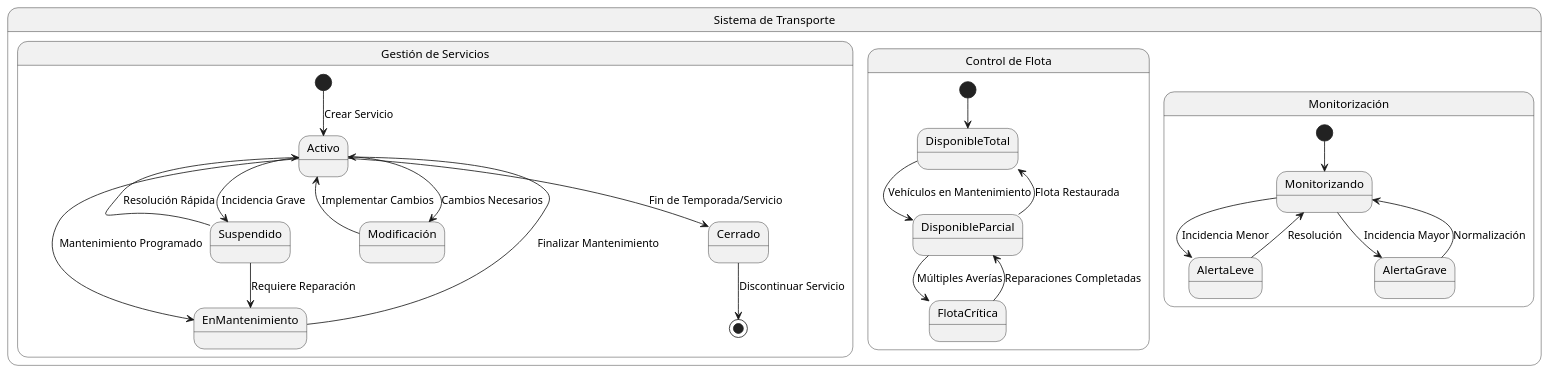
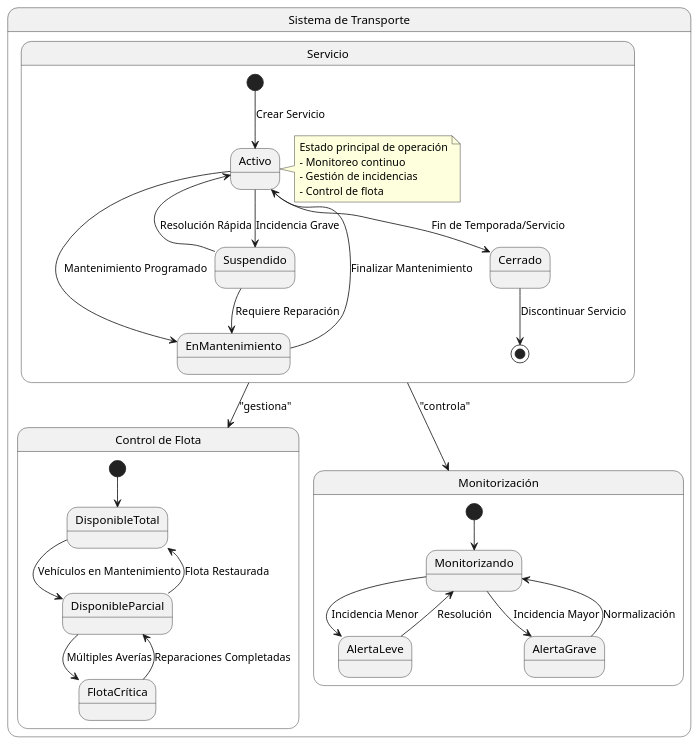
Before and after one commit to Ingenieria-Informatica-UNEATLANTICO/app-actividad-post-parcial-Dievex: the diagram in modelosUML/ModeloDeDominioActualizado/DiagramaDeEstadosActualizado.puml, drawn with PlantUML.

Commit message:
actualizo estados

```diff
--- a/modelosUML/ModeloDeDominioActualizado/DiagramaDeEstadosActualizado.puml
+++ b/modelosUML/ModeloDeDominioActualizado/DiagramaDeEstadosActualizado.puml
@@ -1,46 +1,51 @@
 @startuml DiagramaDeEstadosActualizado
 
     state "Sistema de Transporte" as Sistema {
         
-        state "Gestión de Servicios" as GestionServicios {
+        state "Servicio" as Servicio {
             [*] --> Activo : Crear Servicio
             
             Activo --> Suspendido : Incidencia Grave
             Suspendido --> EnMantenimiento : Requiere Reparación
             Suspendido --> Activo : Resolución Rápida
             
             Activo --> EnMantenimiento : Mantenimiento Programado
             EnMantenimiento --> Activo : Finalizar Mantenimiento
             
-            Activo --> Modificación : Cambios Necesarios
-            Modificación --> Activo : Implementar Cambios
-            
             Activo --> Cerrado : Fin de Temporada/Servicio
             Cerrado --> [*] : Discontinuar Servicio
             
+            note right of Activo
+                Estado principal de operación
+                - Monitoreo continuo
+                - Gestión de incidencias
+                - Control de flota
+            end note
         }
         
         state "Control de Flota" as Flota {
             [*] --> DisponibleTotal
             
             DisponibleTotal --> DisponibleParcial : Vehículos en Mantenimiento
             DisponibleParcial --> DisponibleTotal : Flota Restaurada
             
             DisponibleParcial --> FlotaCrítica : Múltiples Averías
             FlotaCrítica --> DisponibleParcial : Reparaciones Completadas
         }
         
         state "Monitorización" as Monitoreo {
             [*] --> Monitorizando
             
             Monitorizando --> AlertaLeve : Incidencia Menor
             AlertaLeve --> Monitorizando : Resolución
             
             Monitorizando --> AlertaGrave : Incidencia Mayor
             AlertaGrave --> Monitorizando : Normalización
         }
 
-        
+        Servicio --> Flota : "gestiona"
+        Servicio --> Monitoreo : "controla"
+
     }
 
 @enduml
```
